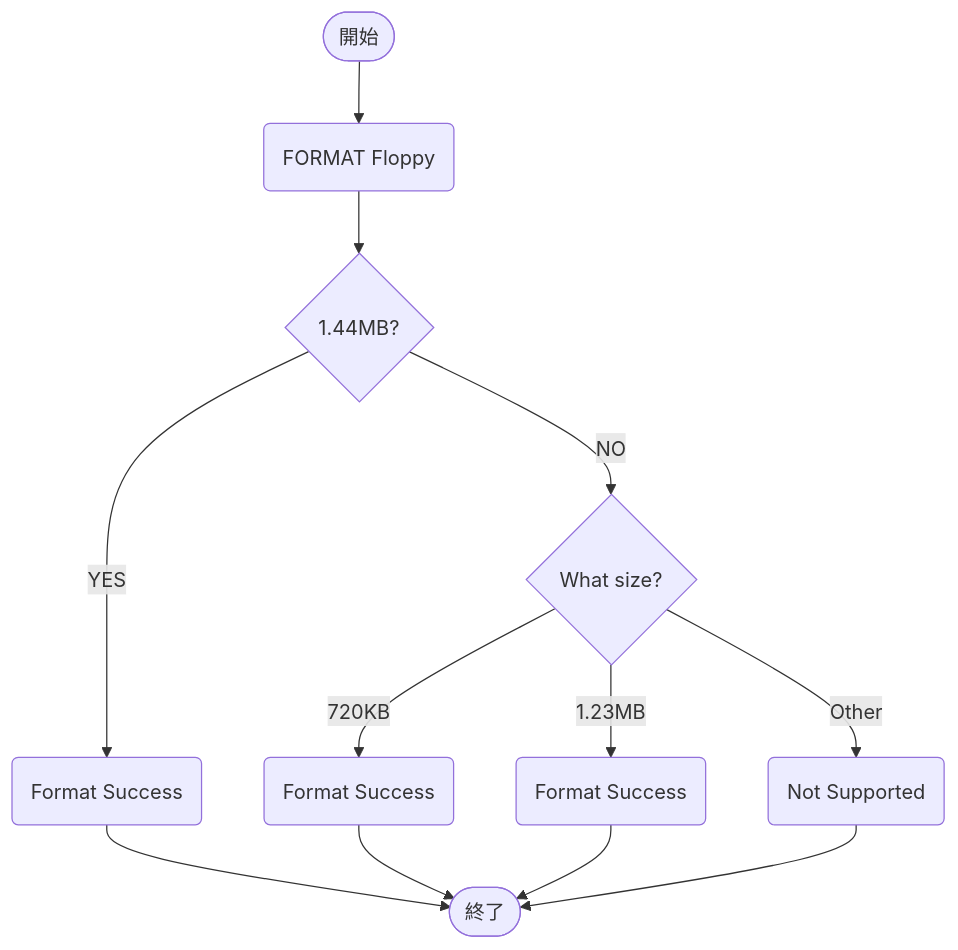
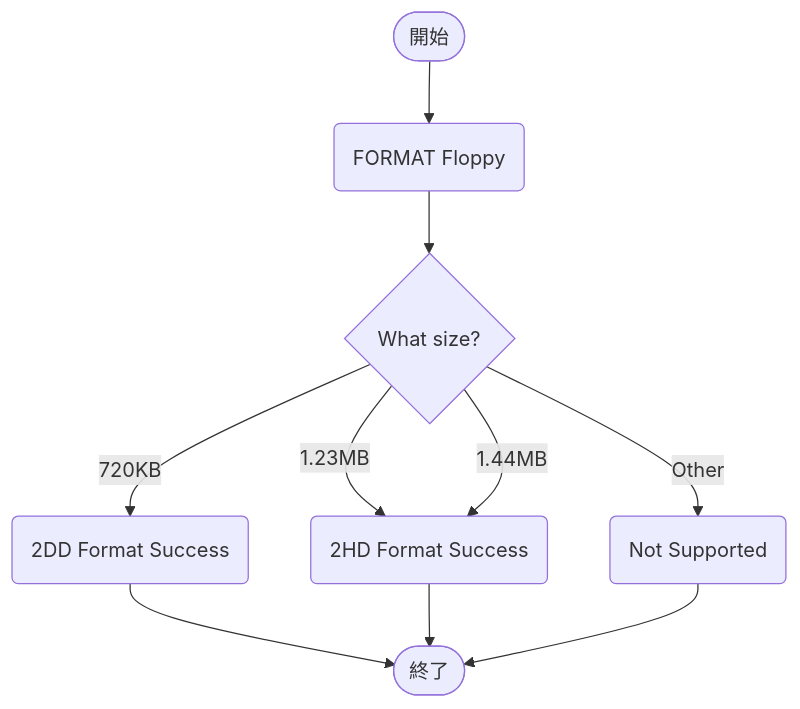
The first of 2 diagrams in README.md (tpu-game-2022/mermaid_test), drawn with Mermaid before and after one commit. The commit also changed other lines of this file, not shown here.

````diff
--- a/README.md
+++ b/README.md
@@ -20,14 +20,12 @@
 ```mermaid
 flowchart TD;
   START([開始]) --> A(FORMAT Floppy)
-  A --> B{1.44MB?}
-  B -->|YES|C(Format Success)
-  B -->|NO|D{What size?}
-  D -->|720KB|E(Format Success)
-  D -->|1.23MB|F(Format Success)
-  D -->|Other|G(Not Supported)
+  A --> B{What size?}
+  B -->|720KB|C(2DD Format Success)
+  B -->|1.23MB|D(2HD Format Success)
+  B -->|1.44MB|D
+  B -->|Other|E(Not Supported)
   C --> END([終了])
+  D --> END([終了])
   E --> END([終了])
-  F --> END([終了])
-  G --> END([終了])
 ```
````
